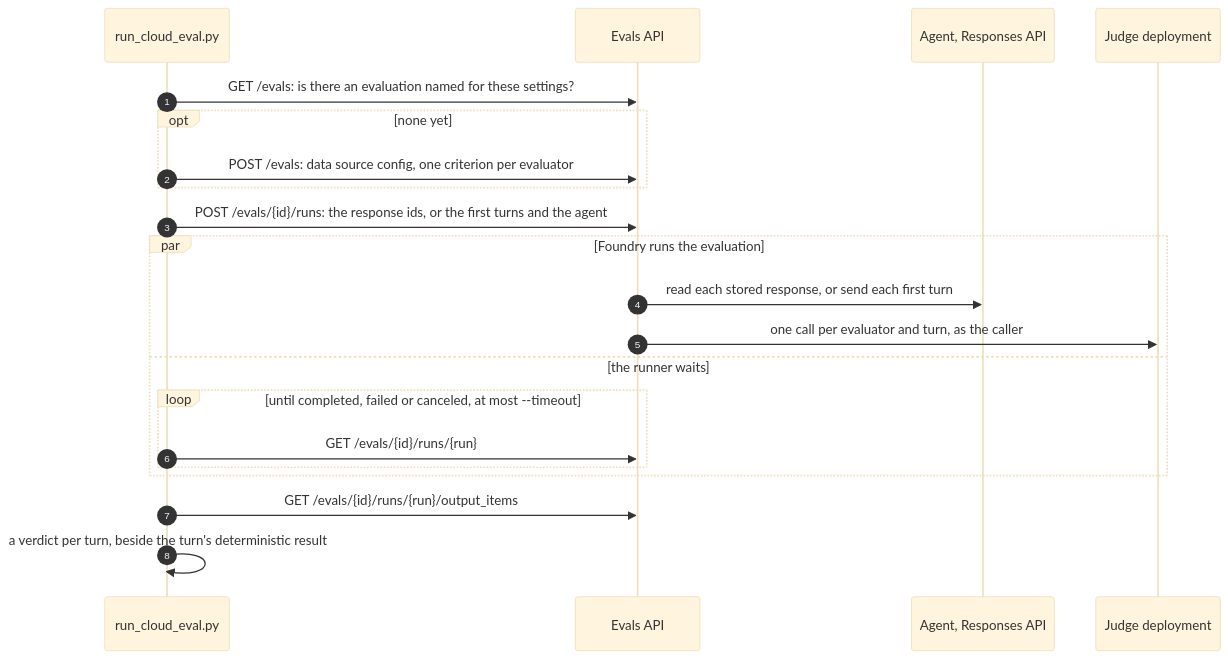
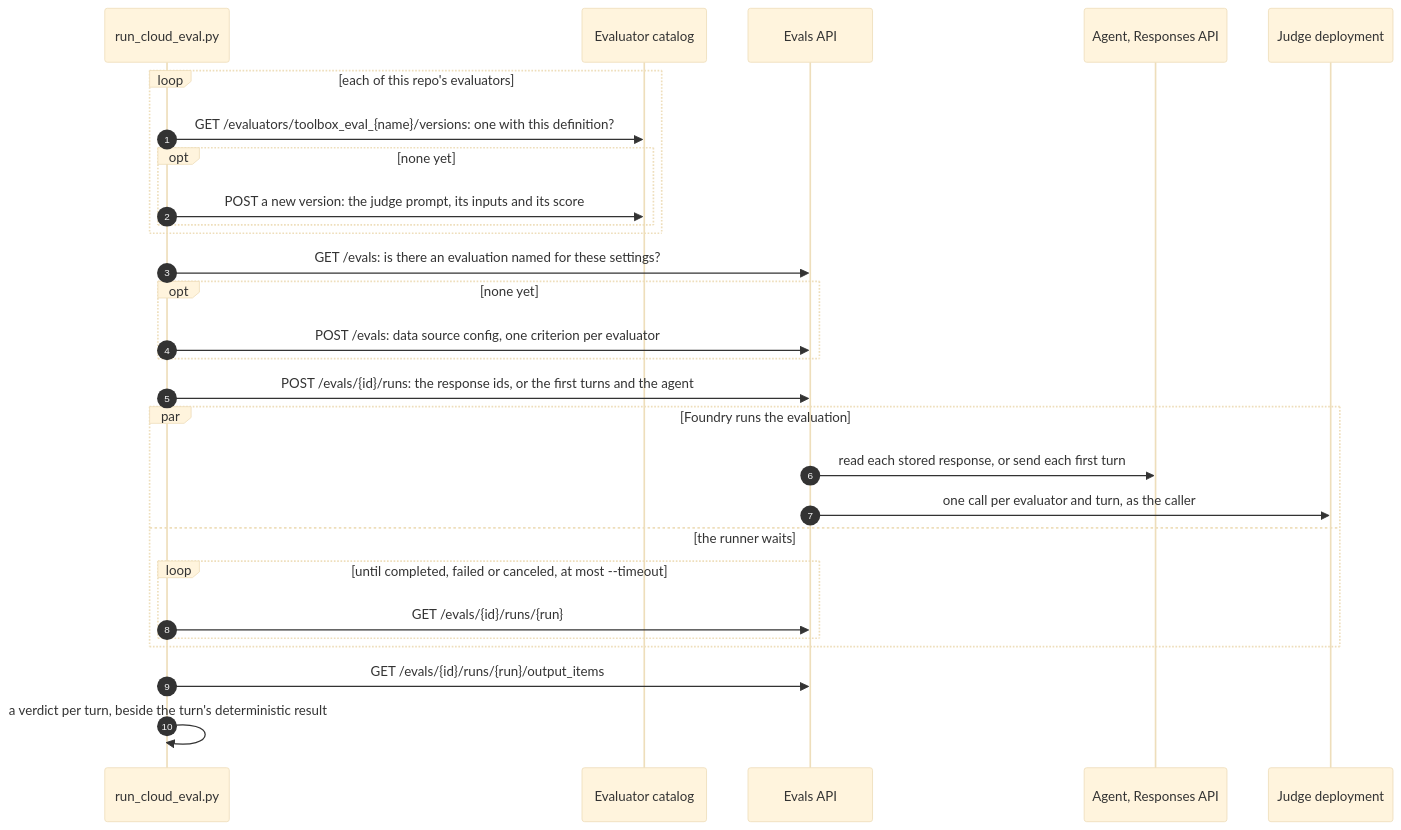
Before and after one commit to bradrlaw/foundryToolboxEval: diagram 14 of 18 in docs/architecture.md, drawn with Mermaid (base theme). The commit also changed other lines of this file and 13 other files, not shown here.

````diff
--- a/docs/architecture.md
+++ b/docs/architecture.md
@@ -800,23 +804,30 @@
 ```mermaid
 sequenceDiagram
     autonumber
     participant R as run_cloud_eval.py
+    participant C as Evaluator catalog
     participant E as Evals API
     participant A as Agent, Responses API
     participant J as Judge deployment
+    loop each of this repo's evaluators
+        R->>C: GET /evaluators/toolbox_eval_{name}/versions: one with this definition?
+        opt none yet
+            R->>C: POST a new version: the judge prompt, its inputs and its score
+        end
+    end
     R->>E: GET /evals: is there an evaluation named for these settings?
     opt none yet
         R->>E: POST /evals: data source config, one criterion per evaluator
     end
     R->>E: POST /evals/{id}/runs: the response ids, or the first turns and the agent
     par Foundry runs the evaluation
         E->>A: read each stored response, or send each first turn
         E->>J: one call per evaluator and turn, as the caller
     and the runner waits
         loop until completed, failed or canceled, at most --timeout
             R->>E: GET /evals/{id}/runs/{run}
         end
     end
     R->>E: GET /evals/{id}/runs/{run}/output_items
     R->>R: a verdict per turn, beside the turn's deterministic result
 ```
````
